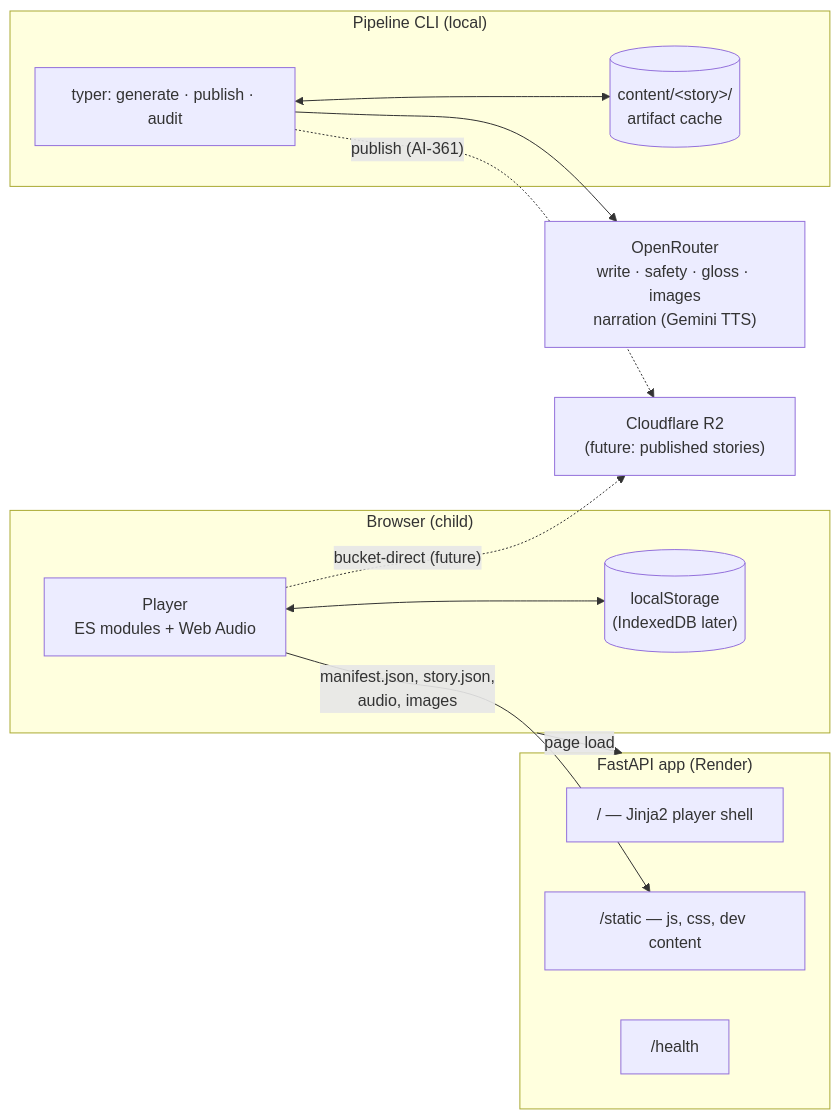
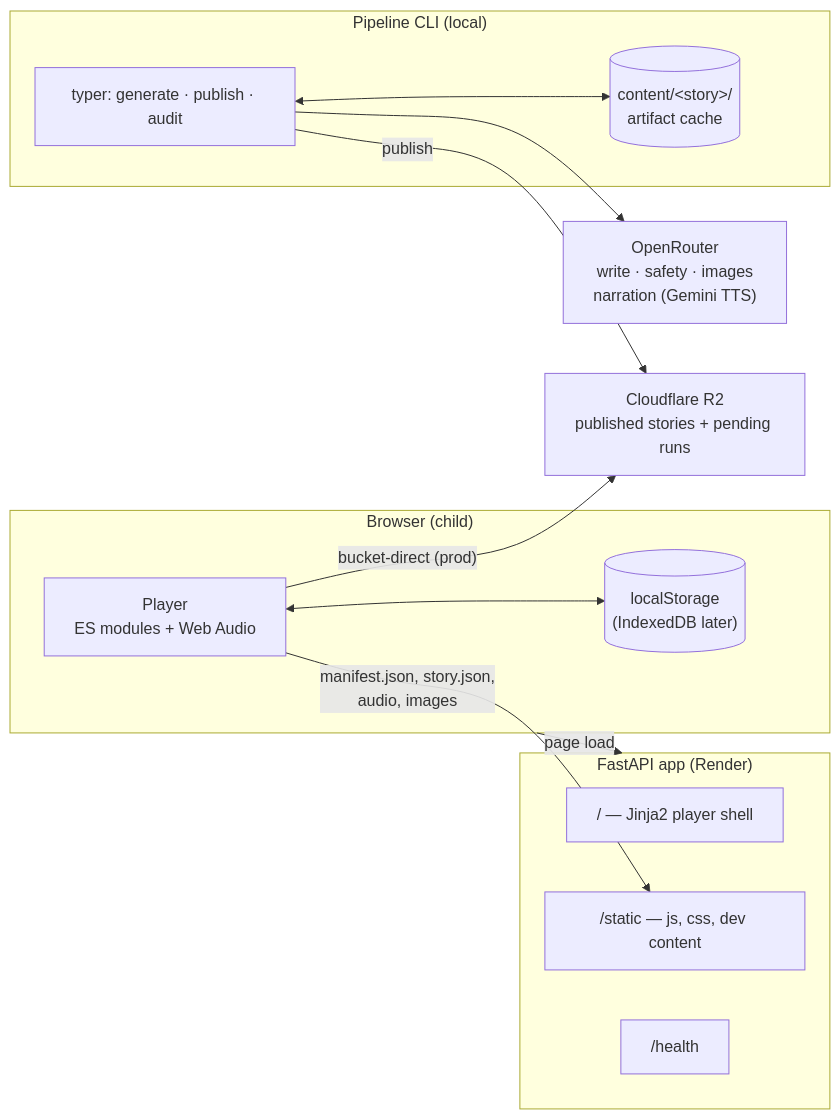
One commit to darth-dodo/cantastorie changed the first of 6 diagrams in docs/system-overview.md. Above: the diagram before and after it, drawn with Mermaid. The commit also changed other lines of this file and 5 other files, not shown here.

````diff
--- a/docs/system-overview.md
+++ b/docs/system-overview.md
@@ -16,29 +16,29 @@
 ```mermaid
 flowchart LR
     subgraph Browser["Browser (child)"]
         P["Player<br/>ES modules + Web Audio"]
         LS[("localStorage<br/>(IndexedDB later)")]
         P <--> LS
     end
 
     subgraph App["FastAPI app (Render)"]
         T["/ — Jinja2 player shell"]
         S["/static — js, css, dev content"]
         H["/health"]
     end
 
     subgraph Factory["Pipeline CLI (local)"]
         CLI["typer: generate · publish · audit"]
         Cache[("content/&lt;story&gt;/<br/>artifact cache")]
         CLI <--> Cache
     end
 
-    OR["OpenRouter<br/>write · safety · gloss · images<br/>narration (Gemini TTS)"]
-    R2["Cloudflare R2<br/>(future: published stories)"]
+    OR["OpenRouter<br/>write · safety · images<br/>narration (Gemini TTS)"]
+    R2["Cloudflare R2<br/>published stories + pending runs"]
 
     Browser -- "page load" --> App
     P -- "manifest.json, story.json,<br/>audio, images" --> S
     CLI --> OR
-    CLI -. "publish (AI-361)" .-> R2
-    P -. "bucket-direct (future)" .-> R2
+    CLI -- "publish" --> R2
+    P -- "bucket-direct (prod)" --> R2
 ```
````
